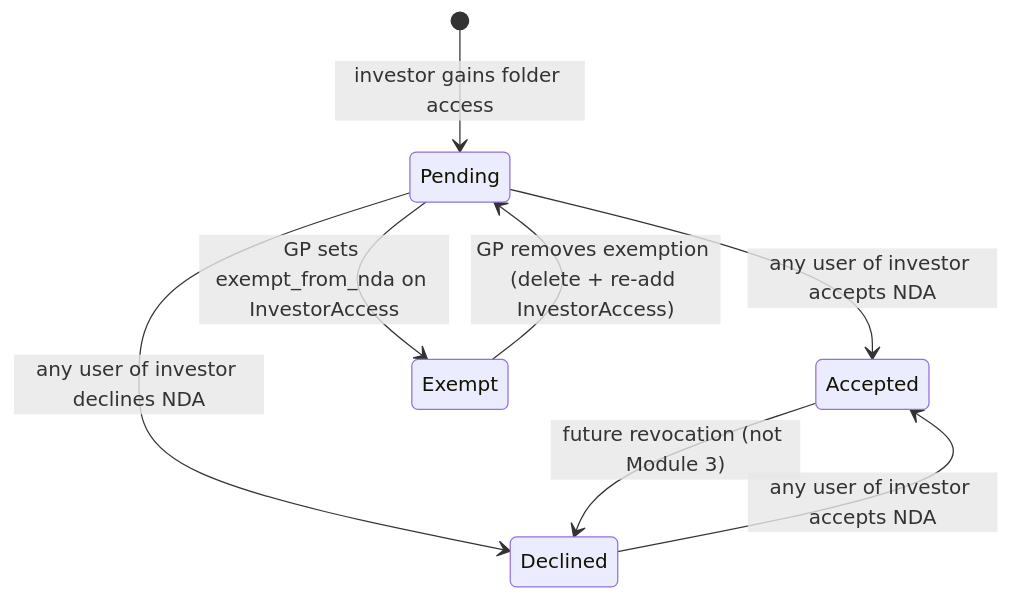
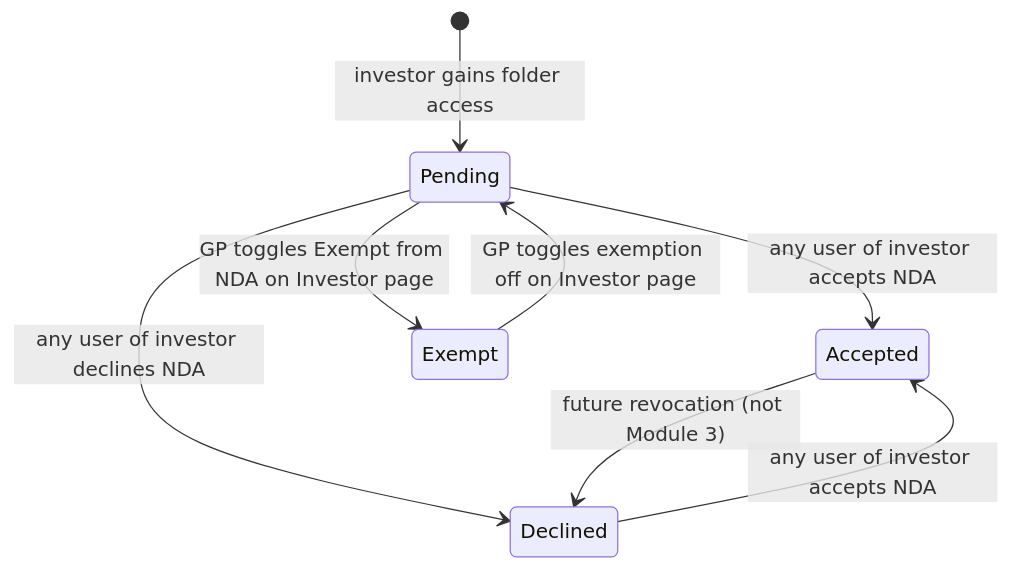
One commit to sampadadiwan/IRM_CompanyMain changed the fifth of 9 diagrams in openspec/changes/nda-data-room-module-3-gp-dashboard/design.md. Above: the diagram before and after it, drawn with Mermaid. The commit also changed other lines of this file and 5 other files, not shown here.

First line of the commit message:
docs: Move NDA exemption UI from per-user form to investor-level toggle

````diff
--- a/openspec/changes/nda-data-room-module-3-gp-dashboard/design.md
+++ b/openspec/changes/nda-data-room-module-3-gp-dashboard/design.md
@@ -238,10 +241,10 @@
 ```mermaid
 stateDiagram-v2
     [*] --> Pending : investor gains folder access
     Pending --> Accepted : any user of investor accepts NDA
     Pending --> Declined : any user of investor declines NDA
     Declined --> Accepted : any user of investor accepts NDA
     Accepted --> Declined : future revocation (not Module 3)
-    Pending --> Exempt : GP sets exempt_from_nda on InvestorAccess
-    Exempt --> Pending : GP removes exemption (delete + re-add InvestorAccess)
+    Pending --> Exempt : GP toggles Exempt from NDA on Investor page
+    Exempt --> Pending : GP toggles exemption off on Investor page
 ```
````
